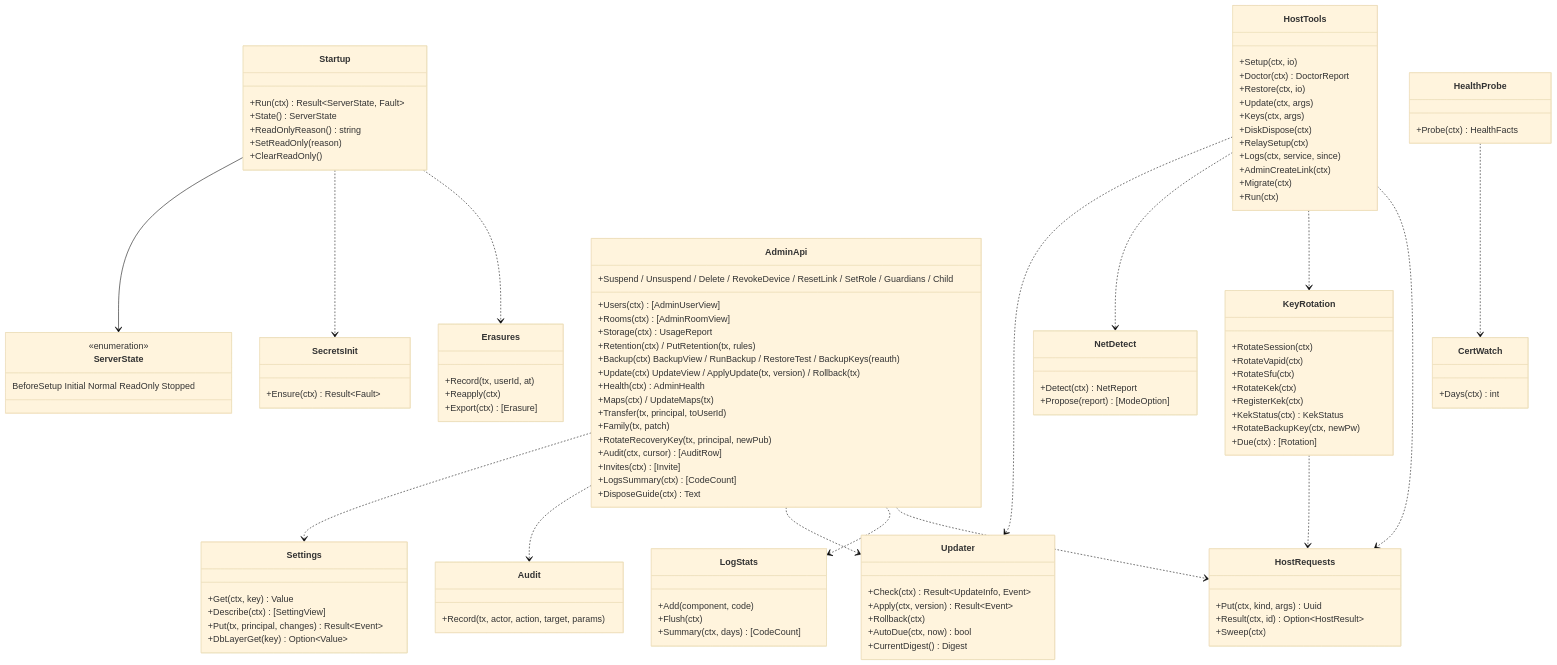
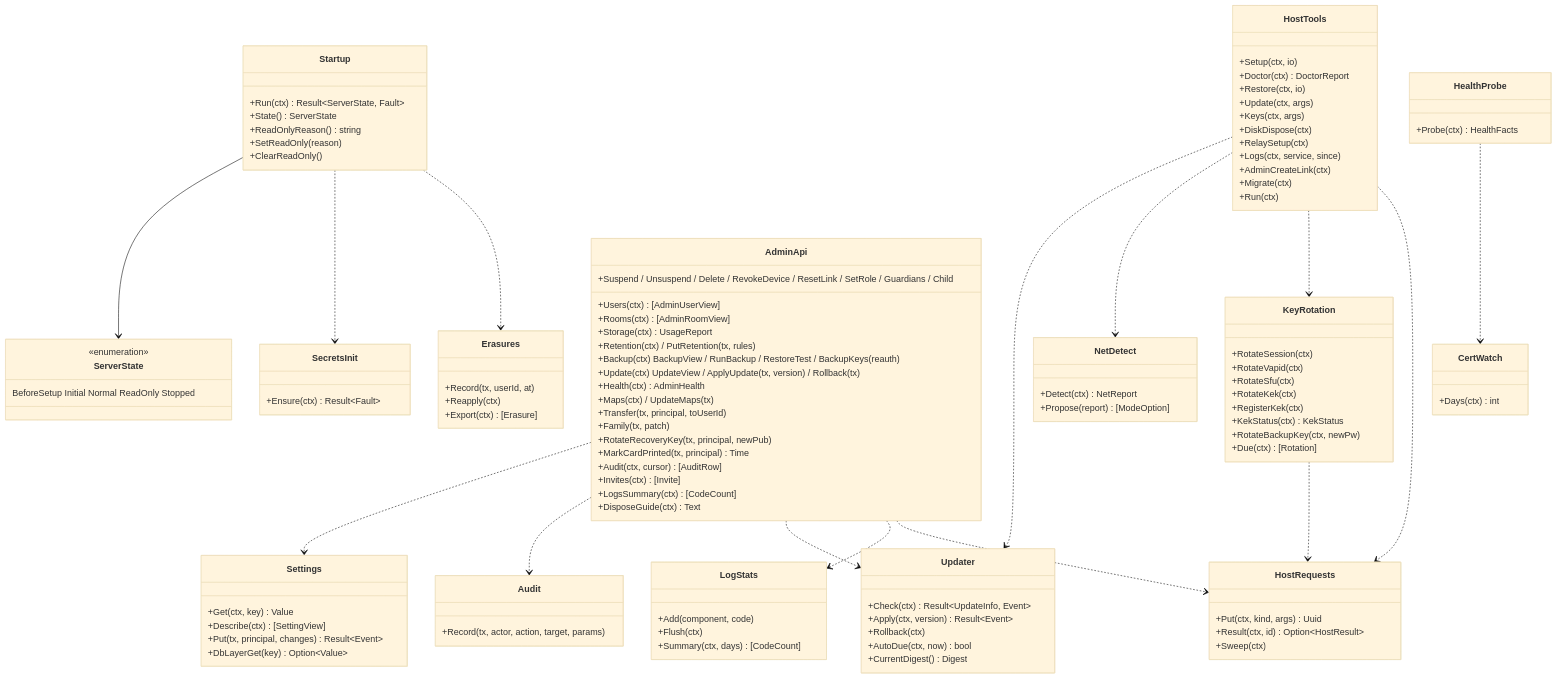
One commit to nrsd-ishikawasou/family-talk-pwa changed the diagram in dev/docs/jp/ブロック/srv-admin.md. Above: the diagram before and after it, drawn with Mermaid (base theme). The commit also changed other lines of this file and 52 other files, not shown here.

```diff
--- a/dev/docs/jp/ブロック/srv-admin.md
+++ b/dev/docs/jp/ブロック/srv-admin.md
@@ -110,6 +110,7 @@
     +Transfer(tx, principal, toUserId)
     +Family(tx, patch)
     +RotateRecoveryKey(tx, principal, newPub)
+    +MarkCardPrinted(tx, principal) Time
     +Audit(ctx, cursor) [AuditRow]
     +Invites(ctx) [Invite]
     +LogsSummary(ctx) [CodeCount]
```
